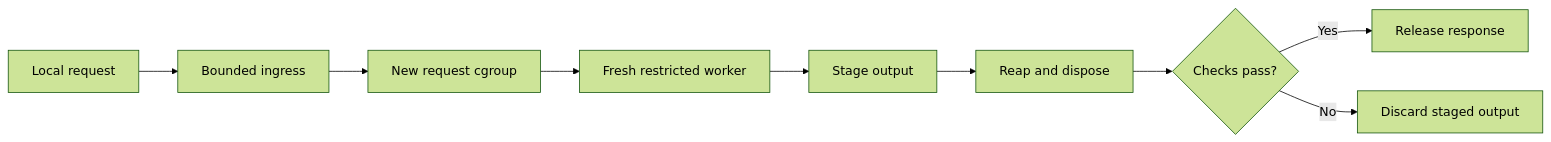
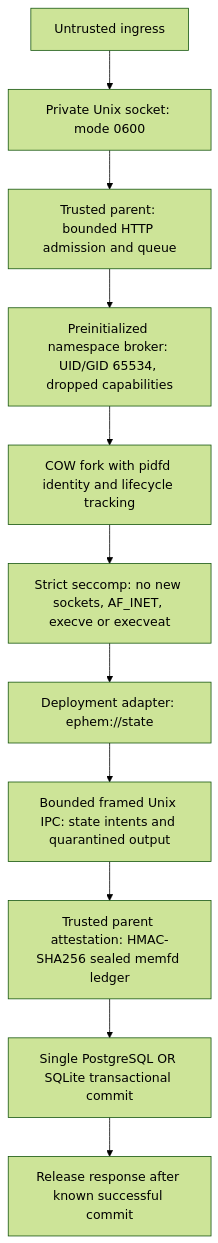
One commit to testofschool/ephem changed the diagram in README.md. Above: the diagram before and after it, drawn with Mermaid (forest theme). The commit also changed other lines of this file and 147 other files, not shown here.

````diff
--- a/README.md
+++ b/README.md
@@ -26,11 +35,13 @@
 ```mermaid
-flowchart LR
-    A[Local request] --> B[Bounded ingress]
-    B --> C[New request cgroup]
-    C --> D[Fresh restricted worker]
-    D --> E[Stage output]
-    E --> F[Reap and dispose]
-    F --> G{Checks pass?}
-    G -->|Yes| H[Release response]
-    G -->|No| I[Discard staged output]
+flowchart TD
+    I[Untrusted ingress] --> U[Private Unix socket: mode 0600]
+    U --> P[Trusted parent: bounded HTTP admission and queue]
+    P --> B[Preinitialized namespace broker: UID/GID 65534, dropped capabilities]
+    B --> W[COW fork with pidfd identity and lifecycle tracking]
+    W --> S[Strict seccomp: no new sockets, AF_INET, execve or execveat]
+    S --> A[Deployment adapter: ephem://state]
+    A --> F[Bounded framed Unix IPC: state intents and quarantined output]
+    F --> G[Trusted parent attestation: HMAC-SHA256 sealed memfd ledger]
+    G --> C[Single PostgreSQL OR SQLite transactional commit]
+    C --> R[Release response after known successful commit]
 ```
````
